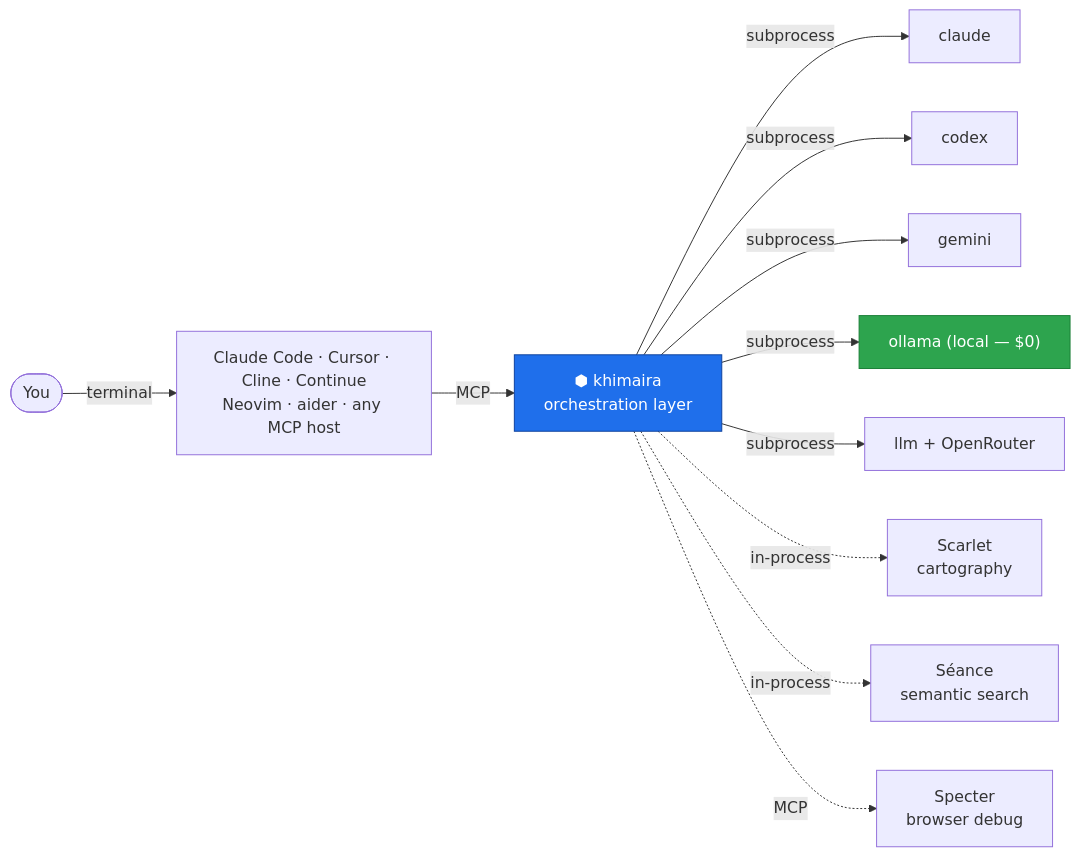
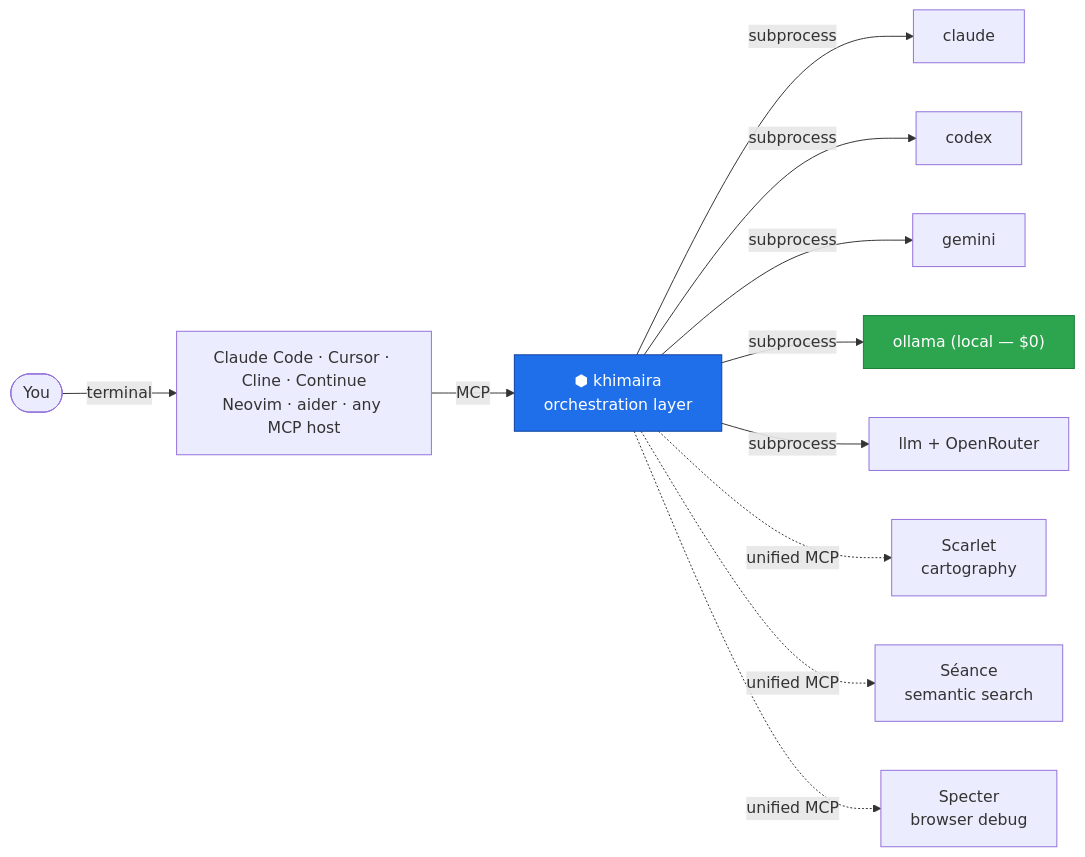
One commit to fsocietydisobey/chimera changed the first of 5 diagrams in README.md. Above: the diagram before and after it, drawn with Mermaid. The commit also changed other lines of this file and 2 other files, not shown here.

Commit message:
docs: cut over MCP registration to single khimaira entry (Phase 0c)
EXAMPLE-PROFILE.yaml drops the four-server registration block —
seance/specter/scarlet tools are now exposed under khimaira's MCP
with source-prefixed names (mcp__khimaira__seance_*, specter_*,
scarlet_*), so a separate `*_serve` registration is redundant.
Legacy standalone serve commands still work for backward compat,
they're just not needed for the default install.

PROTOCOL.md gets three new tool categories in the MCP table
(semantic code search, browser debugging, codebase cartography)
with explicit per-source counts (5/34/9), plus a new "Sibling tool
naming" sub-section documenting the prefix contract for adapter
authors.

README's diagram now shows seance/specter/scarlet attached via
"unified MCP" instead of separate transports, and the capabilities
table mentions the 113-tool unified surface.

On the dev box, removing the now-redundant entries from your
running Claude Code config:

    claude mcp remove seance
    claude mcp remove specter
    claude mcp remove scarlet

Restart Claude Code; the prefixed tools come up under the khimaira
connection. Tests still 247/247.

Closes NORTH_STAR Phase 0c.

````diff
--- a/README.md
+++ b/README.md
@@ -87,16 +87,16 @@
 ```mermaid
 flowchart LR
     User([You]) -->|terminal| Editor["Claude Code · Cursor · Cline · Continue<br/>Neovim · aider · any MCP host"]
     Editor -->|MCP| Khimaira["⬢ khimaira<br/>orchestration layer"]
     Khimaira -->|subprocess| Claude["claude"]
     Khimaira -->|subprocess| Codex["codex"]
     Khimaira -->|subprocess| Gemini["gemini"]
     Khimaira -->|subprocess| Ollama["ollama (local — $0)"]
     Khimaira -->|subprocess| LLM["llm + OpenRouter"]
-    Khimaira -.->|in-process| Scarlet["Scarlet<br/>cartography"]
-    Khimaira -.->|in-process| Seance["Séance<br/>semantic search"]
-    Khimaira -.->|MCP| Specter["Specter<br/>browser debug"]
+    Khimaira -.->|unified MCP| Scarlet["Scarlet<br/>cartography"]
+    Khimaira -.->|unified MCP| Seance["Séance<br/>semantic search"]
+    Khimaira -.->|unified MCP| Specter["Specter<br/>browser debug"]
 
     style Khimaira fill:#1f6feb,stroke:#0d419d,color:#fff
     style Ollama fill:#2da44e,stroke:#1a7f37,color:#fff
 ```
````
